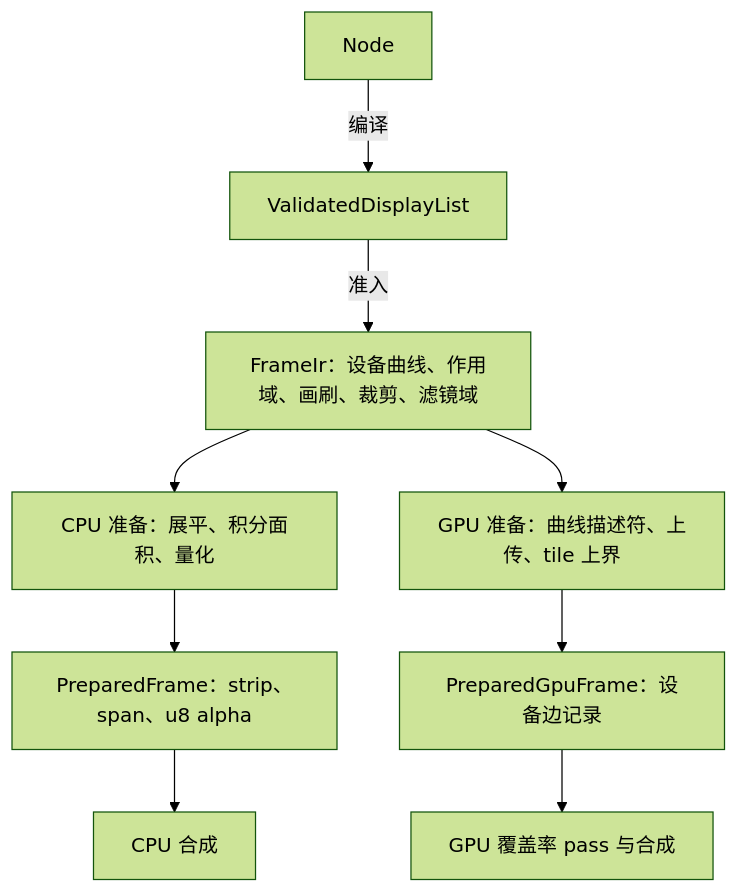
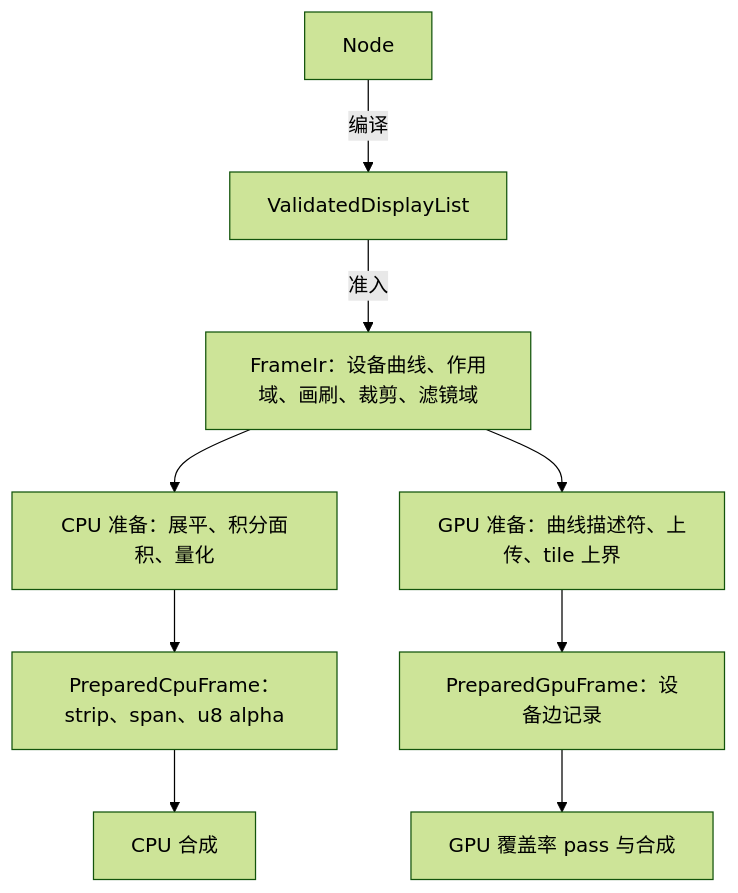
One commit to motion-rs/motion-rs changed the first of 12 diagrams in docs/design/rendering.zh-CN.md. Above: the diagram before and after it, drawn with Mermaid (forest theme). The commit also changed other lines of this file and 61 other files, not shown here.

````diff
--- a/docs/design/rendering.zh-CN.md
+++ b/docs/design/rendering.zh-CN.md
@@ -9,11 +9,11 @@
 ```mermaid
 flowchart TD
     Node["Node"] -->|编译| List["ValidatedDisplayList"]
     List -->|准入| IR["FrameIr：设备曲线、作用域、画刷、裁剪、滤镜域"]
     IR --> CPUPrep["CPU 准备：展平、积分面积、量化"]
     IR --> GPUPrep["GPU 准备：曲线描述符、上传、tile 上界"]
-    CPUPrep --> Prepared["PreparedFrame：strip、span、u8 alpha"]
+    CPUPrep --> Prepared["PreparedCpuFrame：strip、span、u8 alpha"]
     GPUPrep --> GpuFrame["PreparedGpuFrame：设备边记录"]
     Prepared --> CPUComp["CPU 合成"]
     GpuFrame --> GPUComp["GPU 覆盖率 pass 与合成"]
 ```
````
